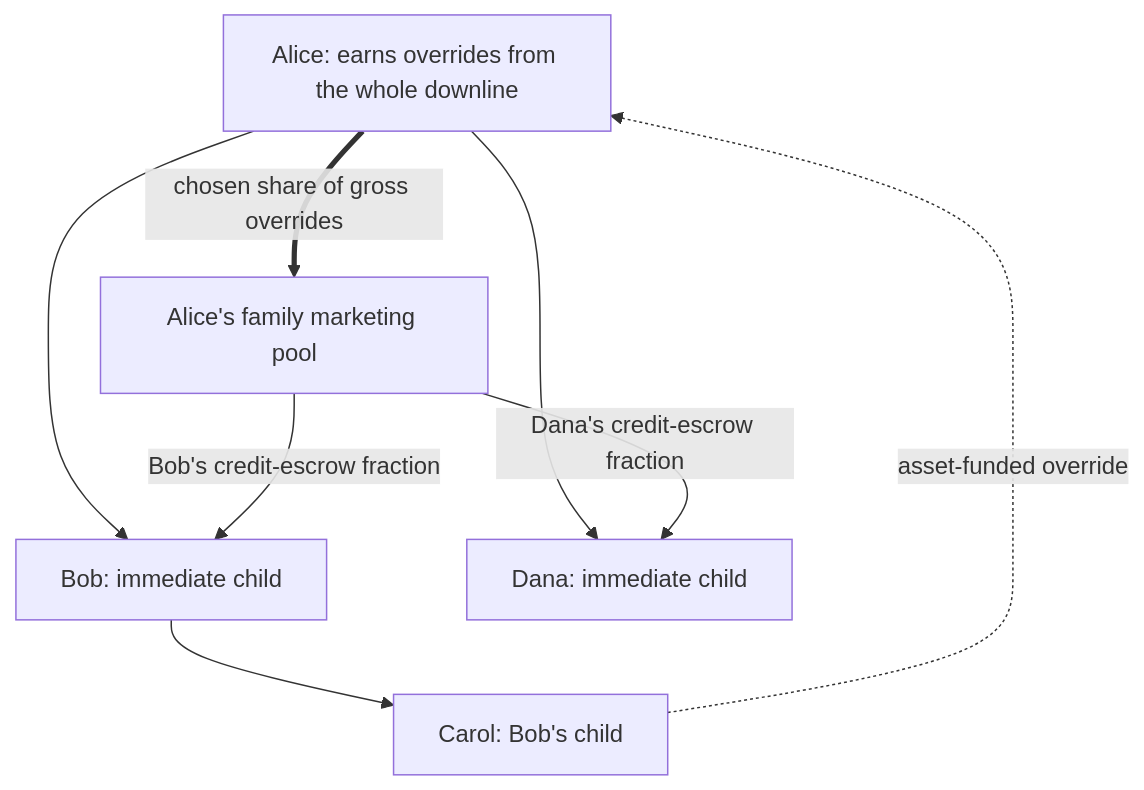
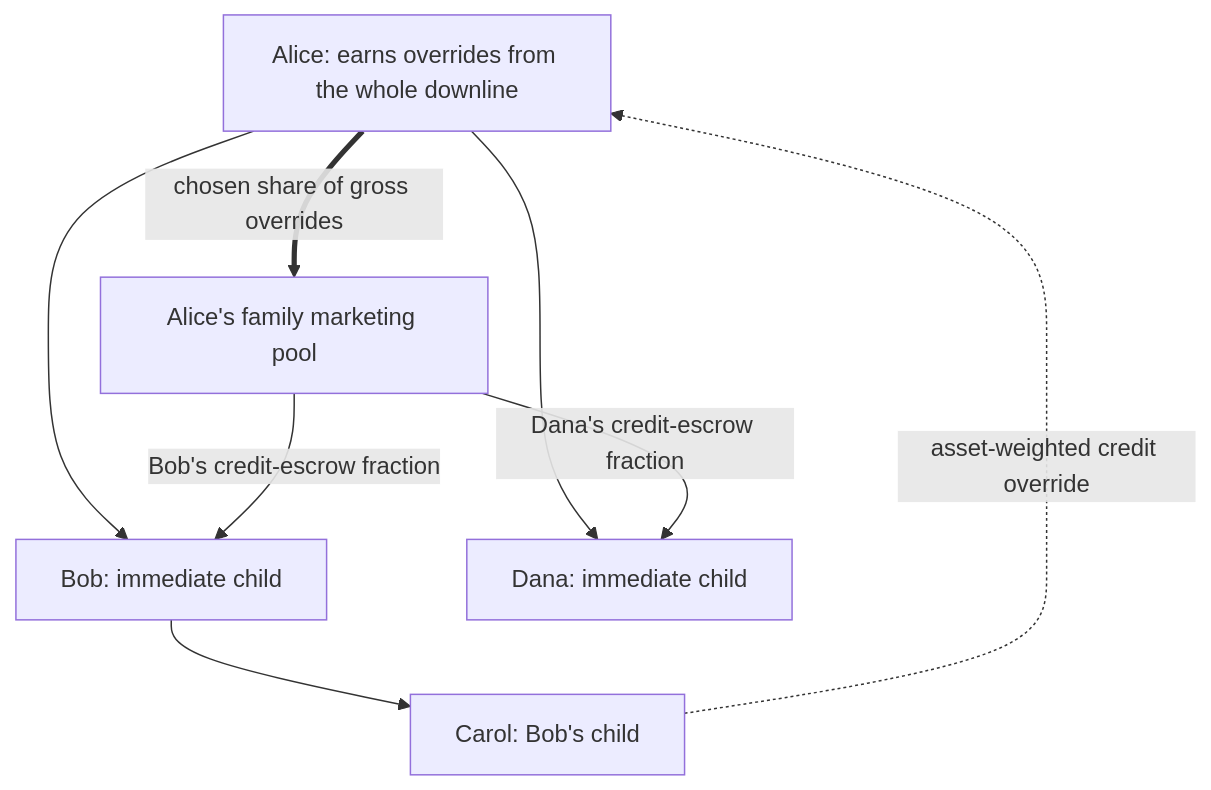
One commit to mayflower-systems/mayflower changed the diagram in docs/github-wiki/content/Referral-Network/Referral-Network-Diagrams.md. Above: the diagram before and after it, drawn with Mermaid. The commit also changed other lines of this file and 40 other files, not shown here.

````diff
--- a/docs/github-wiki/content/Referral-Network/Referral-Network-Diagrams.md
+++ b/docs/github-wiki/content/Referral-Network/Referral-Network-Diagrams.md
@@ -51,10 +51,10 @@
 ```mermaid
 flowchart TB
     A["Alice: earns overrides from the whole downline"] --> B["Bob: immediate child"]
     A --> D["Dana: immediate child"]
     B --> C["Carol: Bob's child"]
-    C -. "asset-funded override" .-> A
+    C -. "asset-weighted credit override" .-> A
     A == "chosen share of gross overrides" ==> P["Alice's family marketing pool"]
     P -->|"Bob's credit-escrow fraction"| B
     P -->|"Dana's credit-escrow fraction"| D
 ```
````
